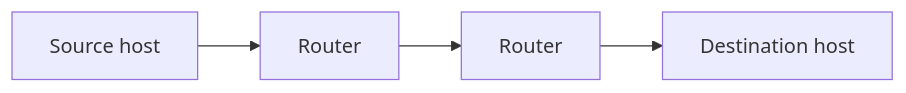
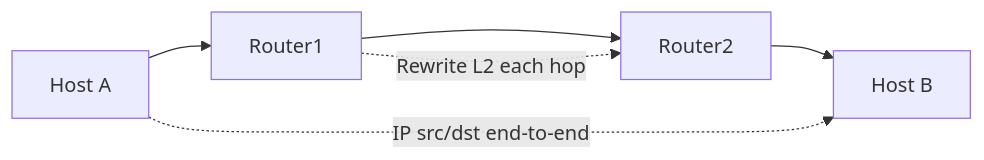
The first of 7 diagrams in learning/05-network-layer.md (omnayak27199/pktana), drawn with Mermaid before and after one commit. The commit also changed other lines of this file and 14 other files, not shown here.

````diff
--- a/learning/05-network-layer.md
+++ b/learning/05-network-layer.md
@@ -11,6 +23,8 @@
 ```mermaid
 flowchart LR
-  Src[Source host] --> R1[Router]
-  R1 --> R2[Router]
-  R2 --> Dst[Destination host]
+  H1[Host A] --> R1[Router1]
+  R1 --> R2[Router2]
+  R2 --> H2[Host B]
+  H1 -.->|IP src/dst end-to-end| H2
+  R1 -.->|Rewrite L2 each hop| R2
 ```
````
